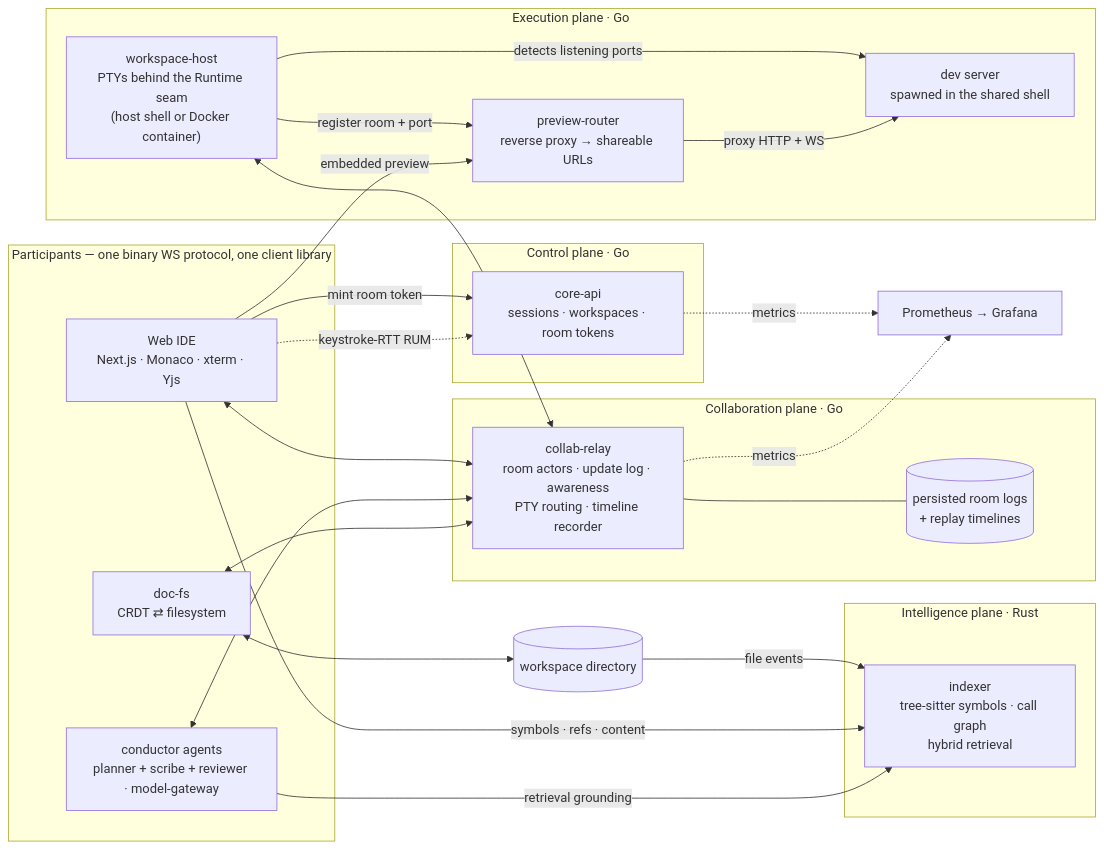
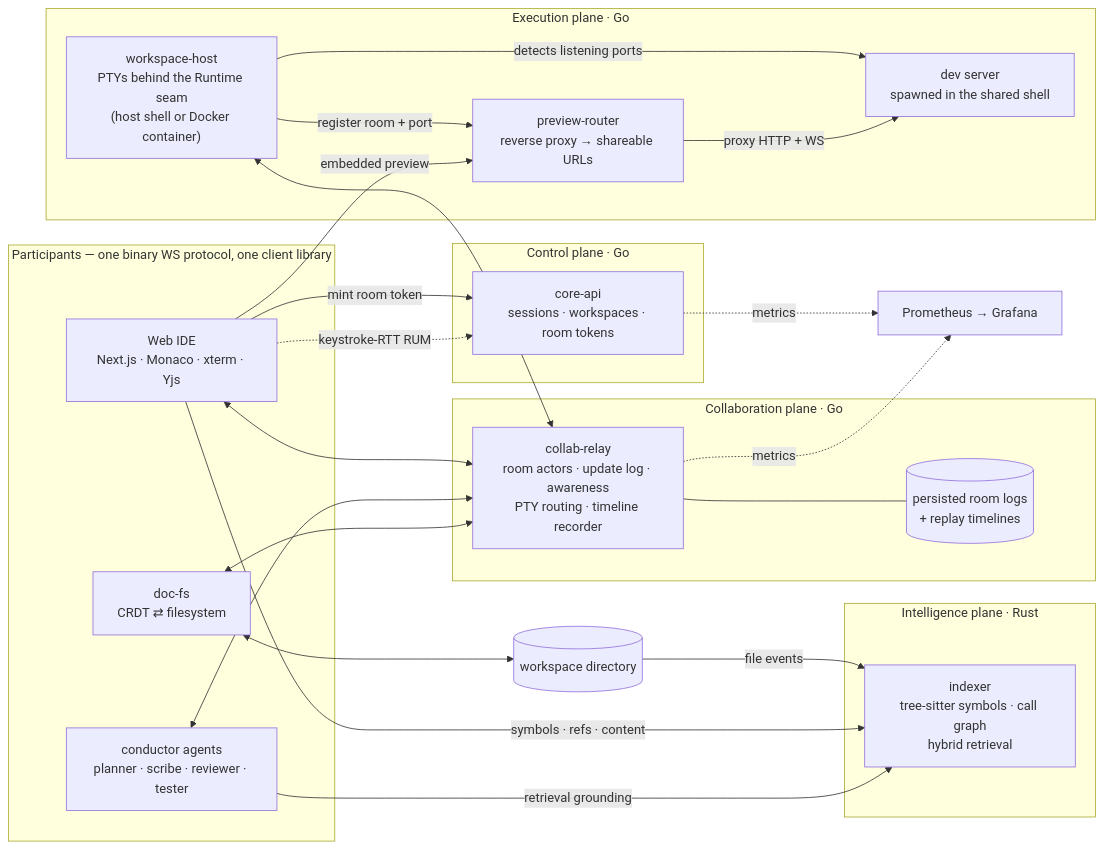
Before and after one commit to varunpatil5050/Atelier: the diagram in README.md, drawn with Mermaid. The commit also changed other lines of this file and 9 other files, not shown here.

First line of the commit message:
feat(agents): tester agent — runs the workspace's code and reports pass/fail

````diff
--- a/README.md
+++ b/README.md
@@ -54,48 +53,48 @@
 ```mermaid
 flowchart LR
   subgraph P["Participants — one binary WS protocol, one client library"]
     IDE["Web IDE<br/>Next.js · Monaco · xterm · Yjs"]
-    AGT["conductor agents<br/>planner + scribe + reviewer · model-gateway"]
+    AGT["conductor agents<br/>planner · scribe · reviewer · tester"]
     DFS["doc-fs<br/>CRDT ⇄ filesystem"]
   end
 
   subgraph C["Collaboration plane · Go"]
     RLY["collab-relay<br/>room actors · update log · awareness<br/>PTY routing · timeline recorder"]
     LOGS[("persisted room logs<br/>+ replay timelines")]
   end
 
   subgraph E["Execution plane · Go"]
     WSH["workspace-host<br/>PTYs behind the Runtime seam<br/>(host shell or Docker container)"]
     DEV["dev server<br/>spawned in the shared shell"]
     PRV["preview-router<br/>reverse proxy → shareable URLs"]
   end
 
   subgraph I["Intelligence plane · Rust"]
     IDX["indexer<br/>tree-sitter symbols · call graph<br/>hybrid retrieval"]
   end
 
   subgraph K["Control plane · Go"]
     API["core-api<br/>sessions · workspaces · room tokens"]
   end
 
   DIR[("workspace directory")]
   OBS["Prometheus → Grafana"]
 
   IDE <--> RLY
   AGT <--> RLY
   DFS <--> RLY
   WSH <--> RLY
   RLY --- LOGS
   DFS <--> DIR
   DIR -->|file events| IDX
   IDE -->|symbols · refs · content| IDX
   AGT -->|retrieval grounding| IDX
   IDE -->|mint room token| API
   WSH -->|detects listening ports| DEV
   WSH -->|register room + port| PRV
   PRV -->|proxy HTTP + WS| DEV
   IDE -->|embedded preview| PRV
   RLY -.->|metrics| OBS
   API -.->|metrics| OBS
   IDE -.->|keystroke-RTT RUM| API
 ```
````
